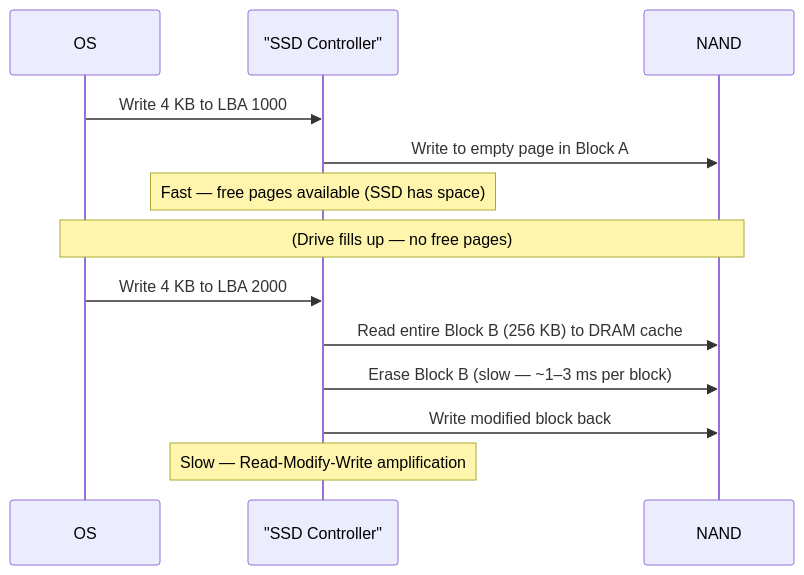
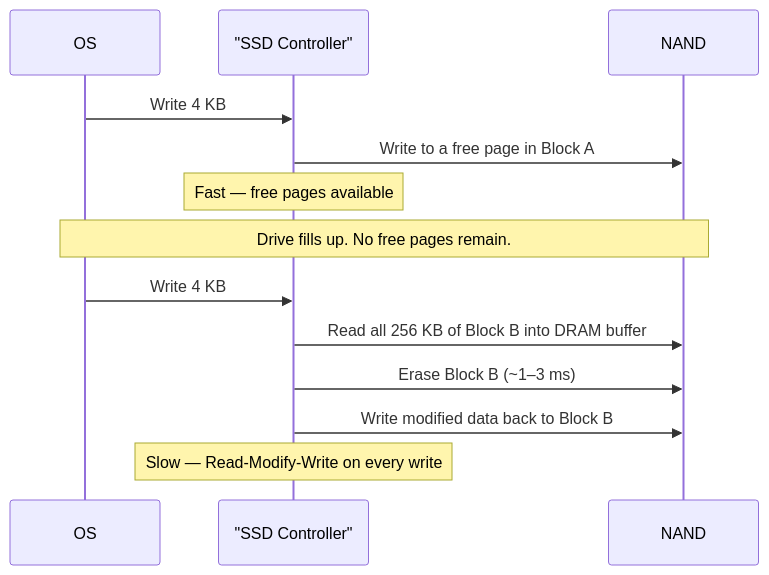
Before and after one commit to MatthewTaormina/edu_plan: the diagram in docusaurus/docs/domains/foundations/hardware_fundamentals/storage/ssd.mdx, drawn with Mermaid. The commit also changed other lines of this file and 4 other files, not shown here.

Commit message:
style(foundations/hardware_fundamentals): replace unreadable mermaid spec-comparison diagrams with tables

````diff
--- a/docusaurus/docs/domains/foundations/hardware_fundamentals/storage/ssd.mdx
+++ b/docusaurus/docs/domains/foundations/hardware_fundamentals/storage/ssd.mdx
@@ -79,18 +59,18 @@
 ```mermaid
 sequenceDiagram
     participant OS
-    participant SSD_CTRL as "SSD Controller"
+    participant CTRL as "SSD Controller"
     participant NAND
 
-    OS->>SSD_CTRL: Write 4 KB to LBA 1000
-    SSD_CTRL->>NAND: Write to empty page in Block A
-    Note over SSD_CTRL: Fast — free pages available (SSD has space)
+    OS->>CTRL: Write 4 KB
+    CTRL->>NAND: Write to a free page in Block A
+    Note over CTRL: Fast — free pages available
 
-    Note over OS,NAND: (Drive fills up — no free pages)
+    Note over OS,NAND: Drive fills up. No free pages remain.
 
-    OS->>SSD_CTRL: Write 4 KB to LBA 2000
-    SSD_CTRL->>NAND: Read entire Block B (256 KB) to DRAM cache
-    SSD_CTRL->>NAND: Erase Block B (slow — ~1–3 ms per block)
-    SSD_CTRL->>NAND: Write modified block back
-    Note over SSD_CTRL: Slow — Read-Modify-Write amplification
+    OS->>CTRL: Write 4 KB
+    CTRL->>NAND: Read all 256 KB of Block B into DRAM buffer
+    CTRL->>NAND: Erase Block B (~1–3 ms)
+    CTRL->>NAND: Write modified data back to Block B
+    Note over CTRL: Slow — Read-Modify-Write on every write
 ```
````
